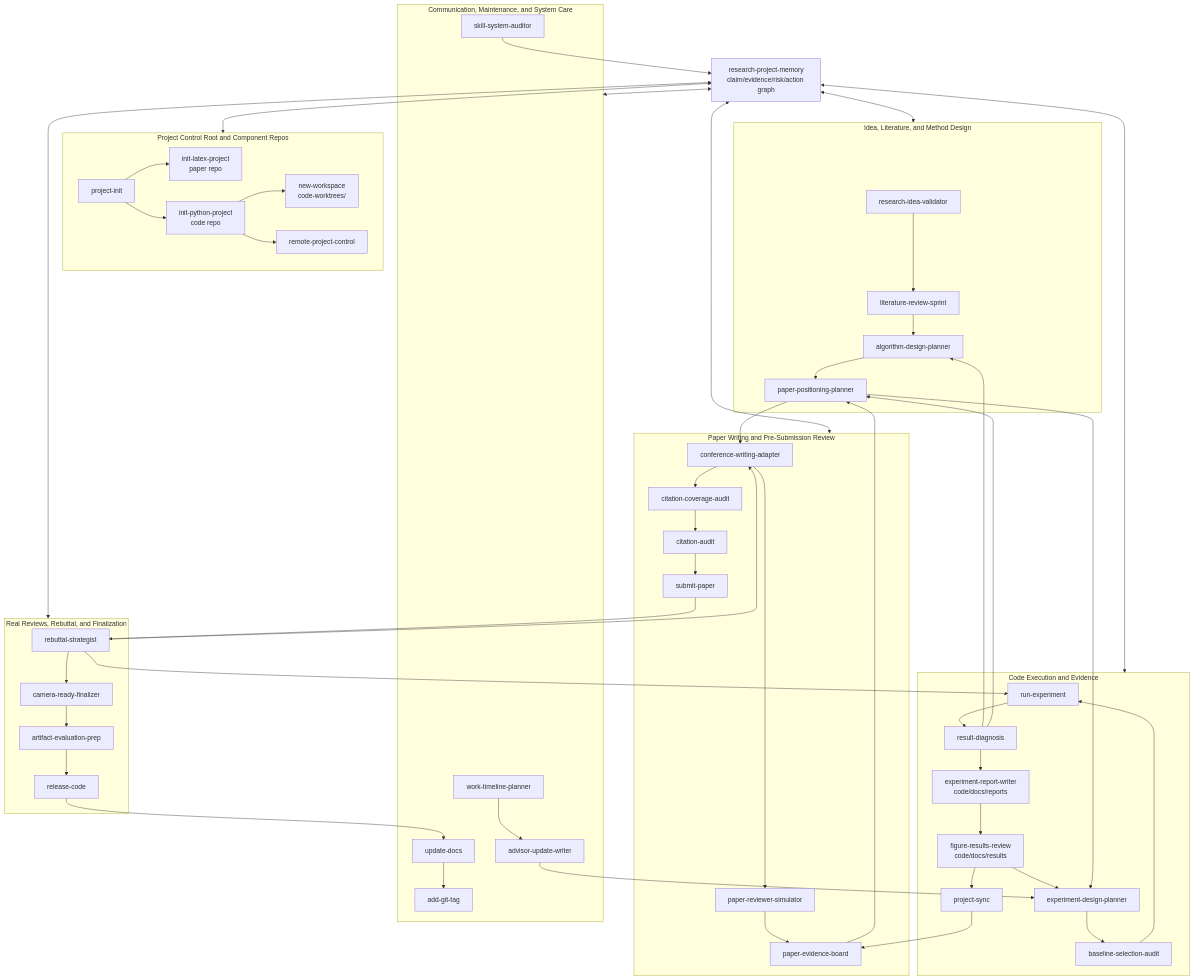
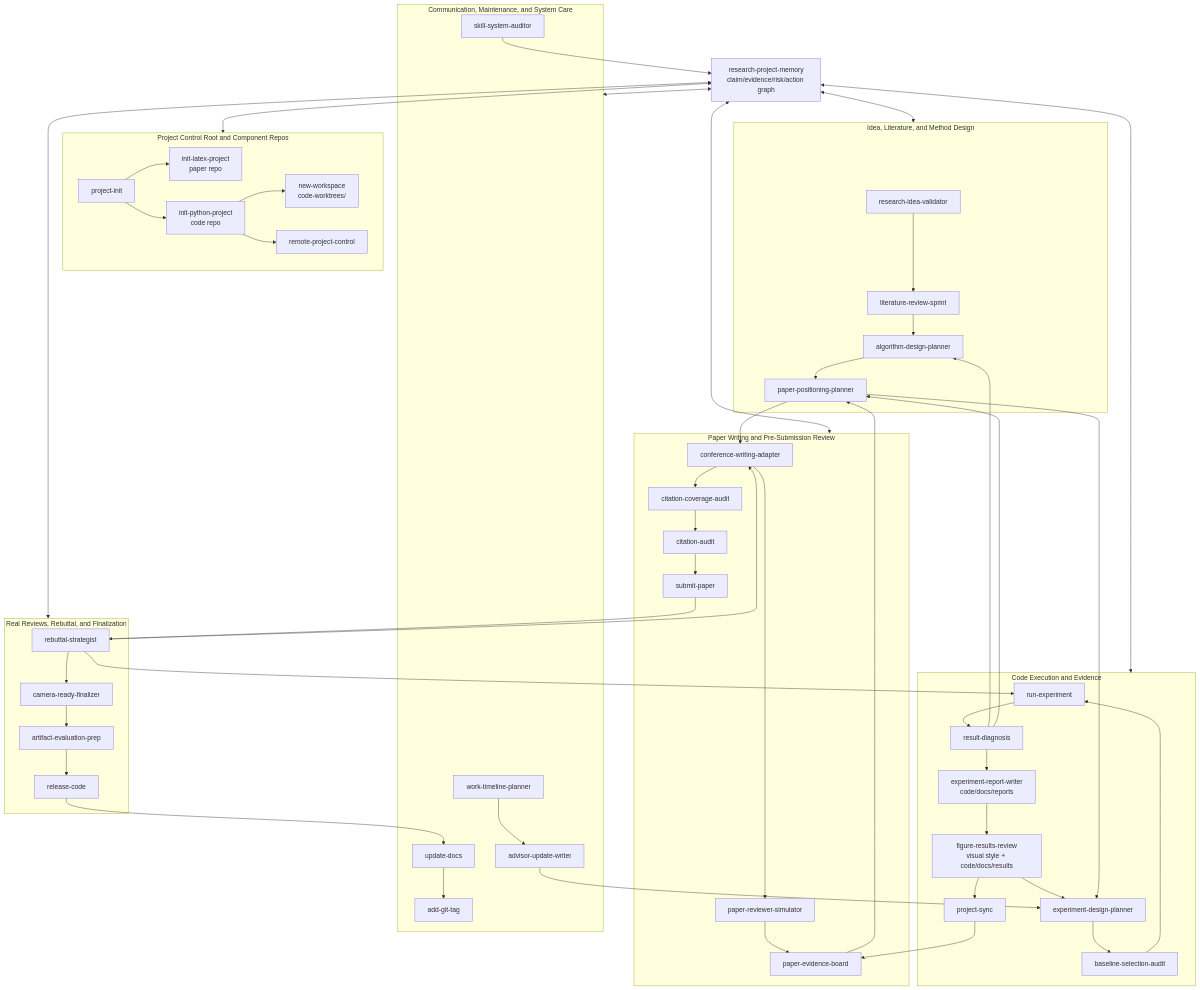
The diagram in README.md (a-green-hand-jack/ml-research-skills), drawn with Mermaid before and after one commit. The commit also changed other lines of this file and 7 other files, not shown here.

```diff
--- a/README.md
+++ b/README.md
@@ -109,7 +109,7 @@
         RUN[run-experiment]
         RD[result-diagnosis]
         ERW[experiment-report-writer<br/>code/docs/reports]
-        FRR[figure-results-review<br/>code/docs/results]
+        FRR[figure-results-review<br/>visual style + code/docs/results]
         PS[project-sync]
         EDP --> BSA --> RUN --> RD --> ERW --> FRR --> PS
         RD --> D
```
